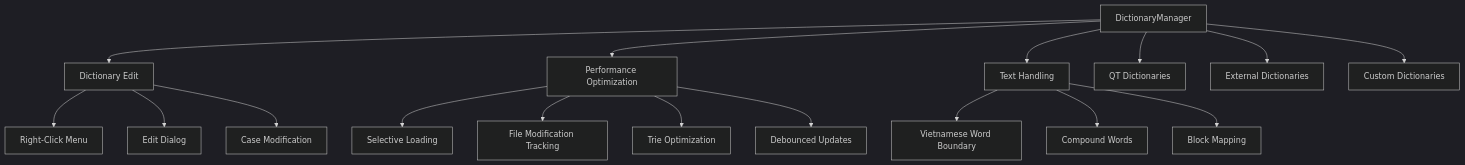
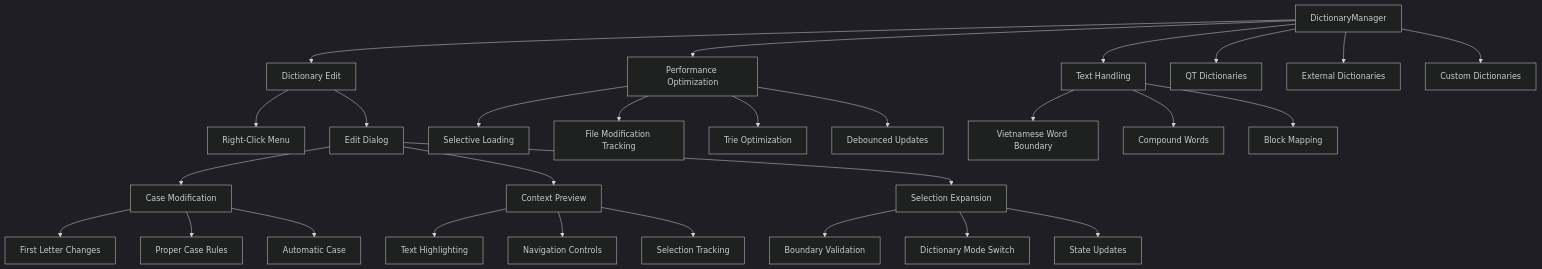
One commit to SmashPhoenix272/ZXReader changed the diagram in memory-bank/systemPatterns.md. Above: the diagram before and after it, drawn with Mermaid (dark theme). The commit also changed other lines of this file and 5 other files, not shown here.

````diff
--- a/memory-bank/systemPatterns.md
+++ b/memory-bank/systemPatterns.md
@@ -37,22 +10,36 @@
    ```mermaid
    flowchart TD
        DictionaryManager[DictionaryManager] --> DictionaryEdit[Dictionary Edit]
        DictionaryEdit --> RightClickMenu[Right-Click Menu]
        DictionaryEdit --> EditDialog[Edit Dialog]
-       DictionaryEdit --> CaseModification[Case Modification]
+       EditDialog --> CaseModification[Case Modification]
+       EditDialog --> ContextPreview[Context Preview]
+       EditDialog --> SelectionExpansion[Selection Expansion]
        
        DictionaryManager --> Performance[Performance Optimization]
        Performance --> SelectiveLoading[Selective Loading]
        Performance --> FileTracking[File Modification Tracking]
        Performance --> TrieOptimization[Trie Optimization]
        Performance --> DebouncedUpdates[Debounced Updates]
        
        DictionaryManager --> TextHandling[Text Handling]
        TextHandling --> WordBoundary[Vietnamese Word Boundary]
        TextHandling --> CompoundWords[Compound Words]
        TextHandling --> BlockMapping[Block Mapping]
        
+       CaseModification --> FirstLetter[First Letter Changes]
+       CaseModification --> ProperCase[Proper Case Rules]
+       CaseModification --> AutoCase[Automatic Case]
+       
+       ContextPreview --> TextHighlight[Text Highlighting]
+       ContextPreview --> Navigation[Navigation Controls]
+       ContextPreview --> SelectionTracking[Selection Tracking]
+       
+       SelectionExpansion --> BoundaryCheck[Boundary Validation]
+       SelectionExpansion --> DictionarySwitch[Dictionary Mode Switch]
+       SelectionExpansion --> StateUpdate[State Updates]
+       
        DictionaryManager --> QTDictionaries[QT Dictionaries]
        DictionaryManager --> ExternalDictionaries[External Dictionaries]
        DictionaryManager --> CustomDictionaries[Custom Dictionaries]
    ```
````
